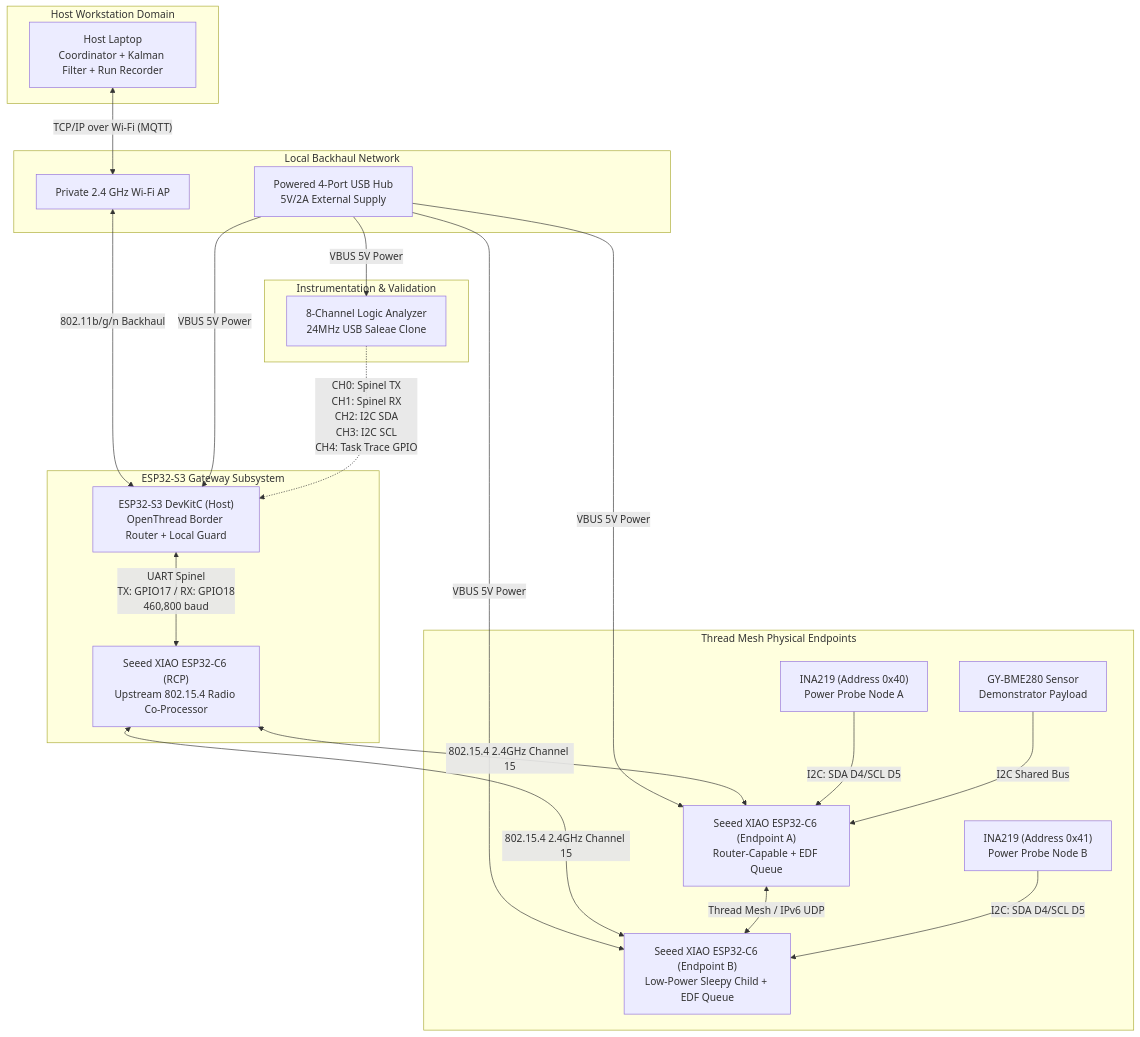
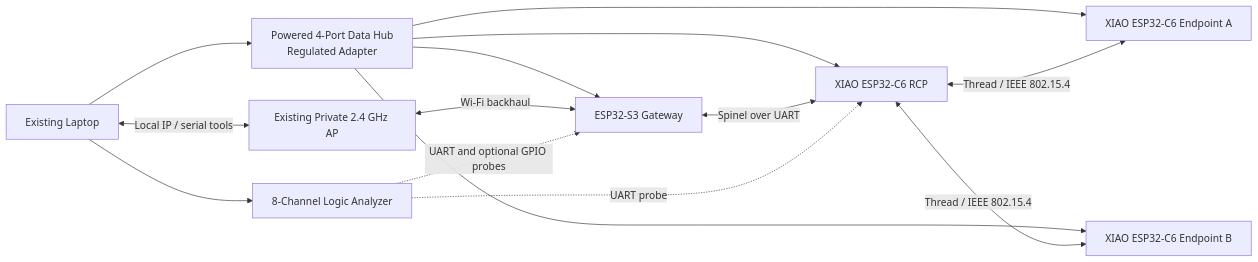
Before and after one commit to Reinathanajah/CLDT-Thread: the diagram in hardware/BOM.md, drawn with Mermaid. The commit also changed other lines of this file and 9 other files, not shown here.

````diff
--- a/hardware/BOM.md
+++ b/hardware/BOM.md
@@ -45,47 +60,25 @@
 ```mermaid
-flowchart TD
-    subgraph HostDomain["Host Workstation Domain"]
-        Laptop["Host Laptop<br/>Coordinator + Kalman Filter + Run Recorder"]
-    end
+flowchart LR
+    Laptop["Existing Laptop"]
+    AP["Existing Private 2.4 GHz AP"]
+    Hub["Powered 4-Port Data Hub<br/>Regulated Adapter"]
+    S3["ESP32-S3 Gateway"]
+    RCP["XIAO ESP32-C6 RCP"]
+    A["XIAO ESP32-C6 Endpoint A"]
+    B["XIAO ESP32-C6 Endpoint B"]
+    LA["8-Channel Logic Analyzer"]
 
-    subgraph Infrastructure["Local Backhaul Network"]
-        AP["Private 2.4 GHz Wi-Fi AP"]
-        Hub["Powered 4-Port USB Hub<br/>5V/2A External Supply"]
-    end
-
-    subgraph GatewayNode["ESP32-S3 Gateway Subsystem"]
-        S3["ESP32-S3 DevKitC (Host)<br/>OpenThread Border Router + Local Guard"]
-        RCP["Seeed XIAO ESP32-C6 (RCP)<br/>Upstream 802.15.4 Radio Co-Processor"]
-        S3 <-->|"UART Spinel<br/>TX: GPIO17 / RX: GPIO18<br/>460,800 baud"| RCP
-    end
-
-    subgraph MeshNodes["Thread Mesh Physical Endpoints"]
-        NodeA["Seeed XIAO ESP32-C6 (Endpoint A)<br/>Router-Capable + EDF Queue"]
-        NodeB["Seeed XIAO ESP32-C6 (Endpoint B)<br/>Low-Power Sleepy Child + EDF Queue"]
-        INA_A["INA219 (Address 0x40)<br/>Power Probe Node A"]
-        INA_B["INA219 (Address 0x41)<br/>Power Probe Node B"]
-        BME["GY-BME280 Sensor<br/>Demonstrator Payload"]
-    end
-
-    subgraph Instrument["Instrumentation & Validation"]
-        LA["8-Channel Logic Analyzer<br/>24MHz USB Saleae Clone"]
-    end
-
-    Laptop <-->|"TCP/IP over Wi-Fi (MQTT)"| AP
-    AP <-->|"802.11b/g/n Backhaul"| S3
-
-    Hub -->|"VBUS 5V Power"| S3
-    Hub -->|"VBUS 5V Power"| NodeA
-    Hub -->|"VBUS 5V Power"| NodeB
-    Hub -->|"VBUS 5V Power"| LA
-
-    RCP <-->|"802.15.4 2.4GHz Channel 15"| NodeA
-    RCP <-->|"802.15.4 2.4GHz Channel 15"| NodeB
-    NodeA <-->|"Thread Mesh / IPv6 UDP"| NodeB
-
-    INA_A -->|"I2C: SDA D4/SCL D5"| NodeA
-    INA_B -->|"I2C: SDA D4/SCL D5"| NodeB
-    BME -->|"I2C Shared Bus"| NodeA
-
-    LA -. "CH0: Spinel TX<br/>CH1: Spinel RX<br/>CH2: I2C SDA<br/>CH3: I2C SCL<br/>CH4: Task Trace GPIO" .-> S3
+    Laptop <-->|"Local IP / serial tools"| AP
+    Laptop --> Hub
+    Laptop --> LA
+    Hub --> S3
+    Hub --> RCP
+    Hub --> A
+    Hub --> B
+    AP <-->|"Wi-Fi backhaul"| S3
+    S3 <-->|"Spinel over UART"| RCP
+    RCP <-->|"Thread / IEEE 802.15.4"| A
+    RCP <-->|"Thread / IEEE 802.15.4"| B
+    LA -.->|"UART and optional GPIO probes"| S3
+    LA -.->|"UART probe"| RCP
 ```
````
